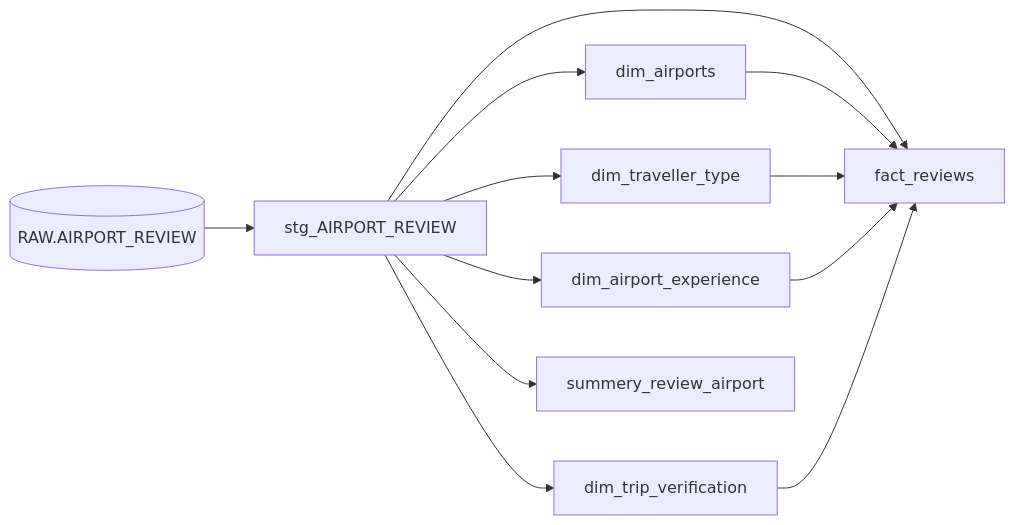
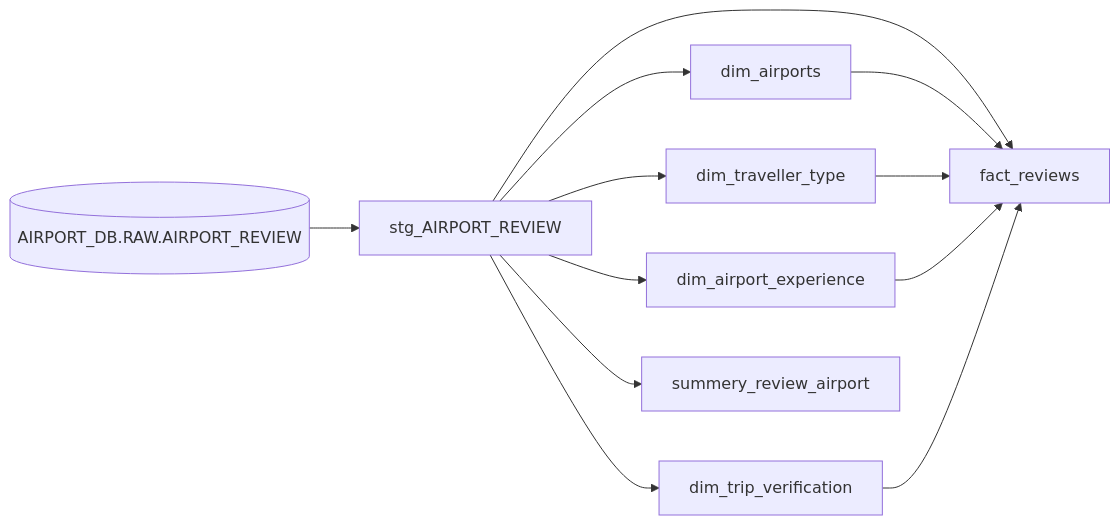
The diagram in README.md (manarelabsi10/airport-reviews-analytics), drawn with Mermaid before and after one commit. The commit also changed other lines of this file and 8 other files, not shown here.

Commit message:
Add final airport reviews Power BI dashboard

````diff
--- a/README.md
+++ b/README.md
@@ -40,14 +54,14 @@
 ```mermaid
 flowchart LR
-    raw[(RAW.AIRPORT_REVIEW)] --> stg[stg_AIRPORT_REVIEW]
-    stg --> dim_airports
-    stg --> dim_traveller_type
-    stg --> dim_airport_experience
-    stg --> dim_trip_verification
-    stg --> summary[summery_review_airport]
-    stg --> fact_reviews
-    dim_airports --> fact_reviews
-    dim_traveller_type --> fact_reviews
-    dim_airport_experience --> fact_reviews
-    dim_trip_verification --> fact_reviews
+    raw[(AIRPORT_DB.RAW.AIRPORT_REVIEW)] --> staging[stg_AIRPORT_REVIEW]
+    staging --> fact[fact_reviews]
+    staging --> airports[dim_airports]
+    staging --> traveller[dim_traveller_type]
+    staging --> experience[dim_airport_experience]
+    staging --> verification[dim_trip_verification]
+    staging --> summary[summery_review_airport]
+    airports --> fact
+    traveller --> fact
+    experience --> fact
+    verification --> fact
 ```
````
